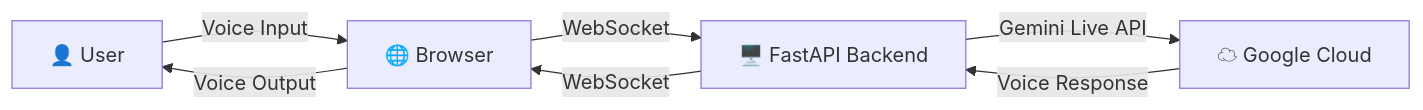
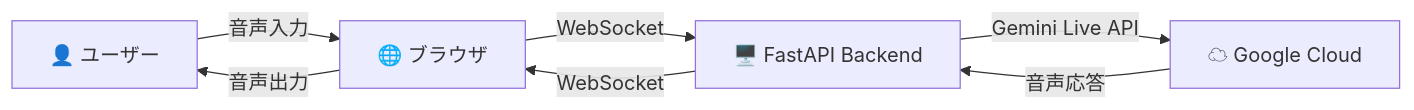
The diagram in minitap/AI Agent Menu Dev/2_Gemini Live API/README.md (GoogleCloudPlatform/gcp-getting-started-lab-jp), drawn with Mermaid before and after one commit. The commit also changed other lines of this file, not shown here.

````diff
--- a/minitap/AI Agent Menu Dev/2_Gemini Live API/README.md
+++ b/minitap/AI Agent Menu Dev/2_Gemini Live API/README.md
@@ -29,9 +28,9 @@
 ```mermaid
 graph LR
-    A[👤 User] -->|Voice Input| B[🌐 Browser]
+    A[👤 ユーザー] -->|音声入力| B[🌐 ブラウザ]
     B -->|WebSocket| C[🖥️ FastAPI Backend]
     C -->|Gemini Live API| D[☁ Google Cloud]
-    D -->|Voice Response| C
+    D -->|音声応答| C
     C -->|WebSocket| B
-    B -->|Voice Output| A
+    B -->|音声出力| A
 ```
````
